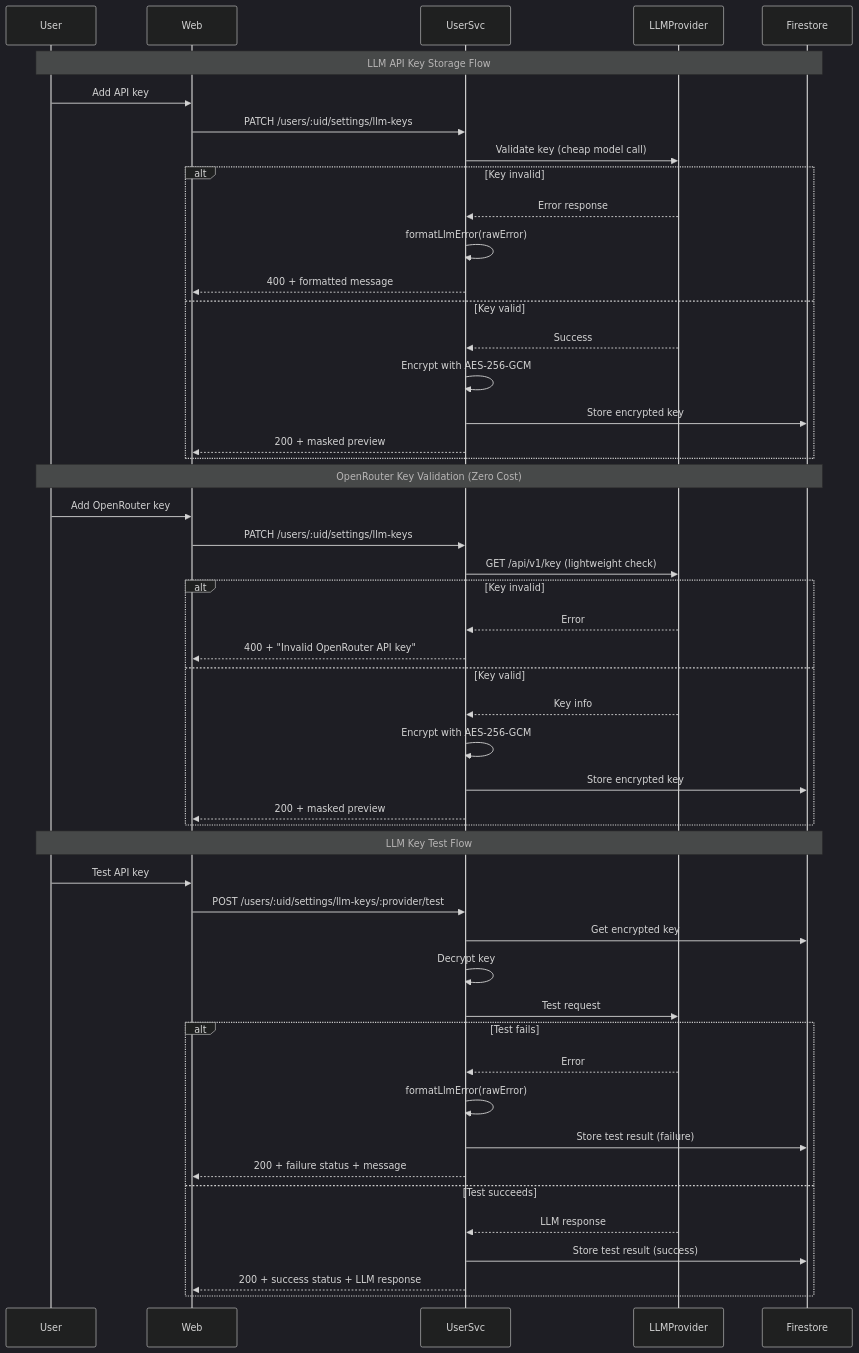
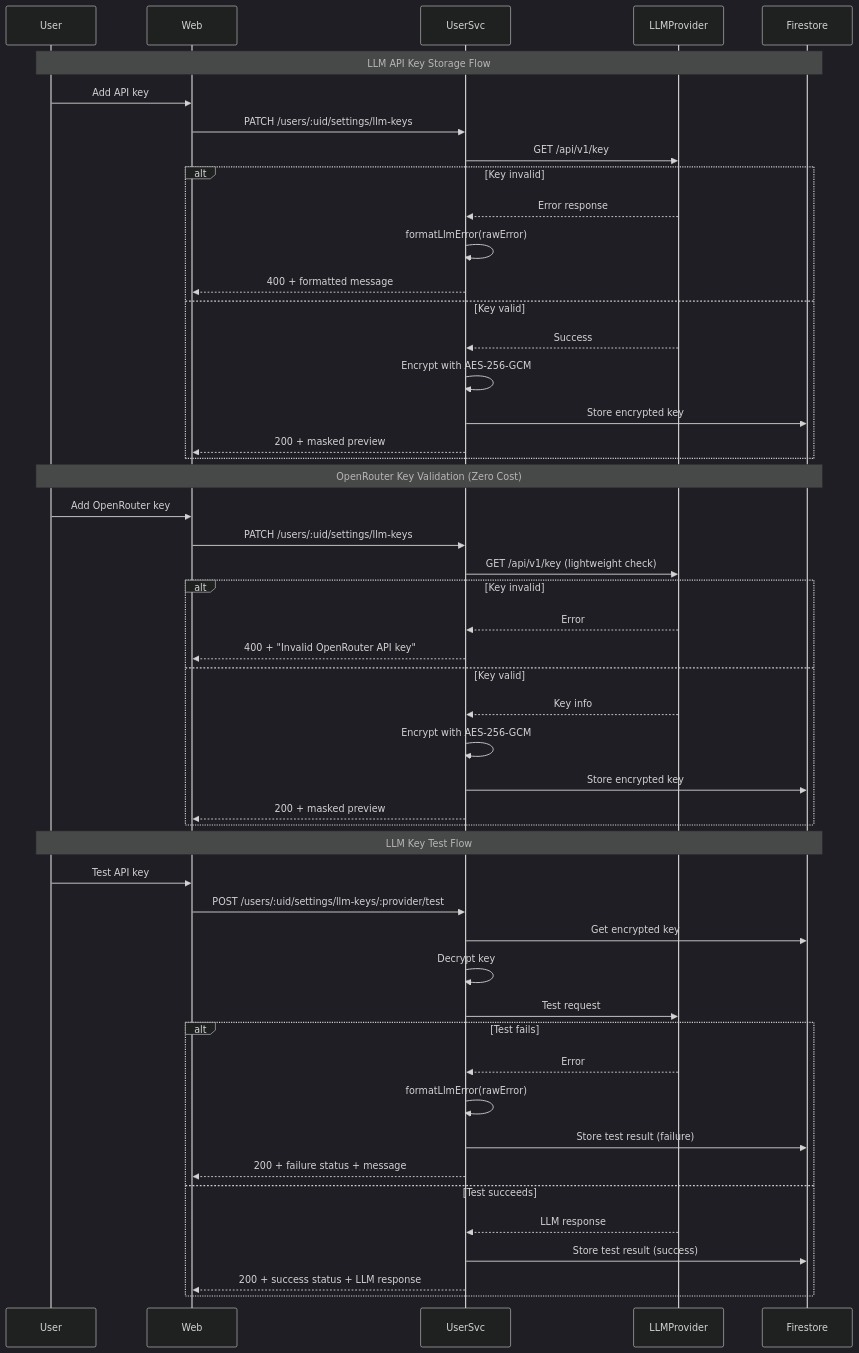
One commit to pbuchman/intexuraos changed the second of 2 diagrams in docs/services/user-service/technical.md. Above: the diagram before and after it, drawn with Mermaid (dark theme). The commit also changed other lines of this file and 212 other files, not shown here.

````diff
--- a/docs/services/user-service/technical.md
+++ b/docs/services/user-service/technical.md
@@ -50,54 +50,54 @@
 ```mermaid
 sequenceDiagram
     participant User
     participant Web
     participant UserSvc
     participant LLMProvider
     participant Firestore
 
     Note over User,Firestore: LLM API Key Storage Flow
     User->>Web: Add API key
     Web->>UserSvc: PATCH /users/:uid/settings/llm-keys
-    UserSvc->>LLMProvider: Validate key (cheap model call)
+    UserSvc->>LLMProvider: GET /api/v1/key
     alt Key invalid
         LLMProvider-->>UserSvc: Error response
         UserSvc->>UserSvc: formatLlmError(rawError)
         UserSvc-->>Web: 400 + formatted message
     else Key valid
         LLMProvider-->>UserSvc: Success
         UserSvc->>UserSvc: Encrypt with AES-256-GCM
         UserSvc->>Firestore: Store encrypted key
         UserSvc-->>Web: 200 + masked preview
     end
 
     Note over User,Firestore: OpenRouter Key Validation (Zero Cost)
     User->>Web: Add OpenRouter key
     Web->>UserSvc: PATCH /users/:uid/settings/llm-keys
     UserSvc->>LLMProvider: GET /api/v1/key (lightweight check)
     alt Key invalid
         LLMProvider-->>UserSvc: Error
         UserSvc-->>Web: 400 + "Invalid OpenRouter API key"
     else Key valid
         LLMProvider-->>UserSvc: Key info
         UserSvc->>UserSvc: Encrypt with AES-256-GCM
         UserSvc->>Firestore: Store encrypted key
         UserSvc-->>Web: 200 + masked preview
     end
 
     Note over User,Firestore: LLM Key Test Flow
     User->>Web: Test API key
     Web->>UserSvc: POST /users/:uid/settings/llm-keys/:provider/test
     UserSvc->>Firestore: Get encrypted key
     UserSvc->>UserSvc: Decrypt key
     UserSvc->>LLMProvider: Test request
     alt Test fails
         LLMProvider-->>UserSvc: Error
         UserSvc->>UserSvc: formatLlmError(rawError)
         UserSvc->>Firestore: Store test result (failure)
         UserSvc-->>Web: 200 + failure status + message
     else Test succeeds
         LLMProvider-->>UserSvc: LLM response
         UserSvc->>Firestore: Store test result (success)
         UserSvc-->>Web: 200 + success status + LLM response
     end
 ```
````
